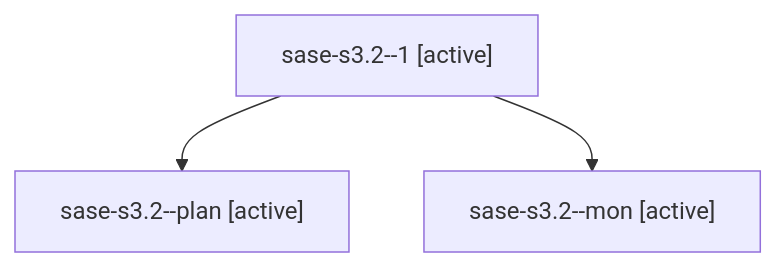
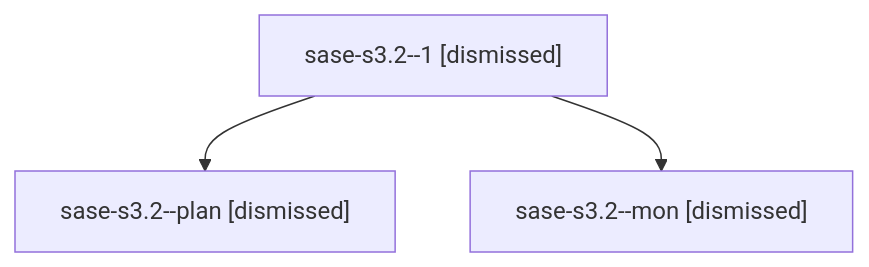
Before and after one commit to sase-org/sase--agents: the diagram in sessions/bbugyi200.athena.sase-s3.2.md, drawn with Mermaid. The commit also changed other lines of this file and 97 other files, not shown here.

````diff
--- a/sessions/bbugyi200.athena.sase-s3.2.md
+++ b/sessions/bbugyi200.athena.sase-s3.2.md
@@ -9,8 +9,8 @@
 ```mermaid
 flowchart TD
-  n0["sase-s3.2--1 [active]"]
-  n1["sase-s3.2--plan [active]"]
+  n0["sase-s3.2--1 [dismissed]"]
+  n1["sase-s3.2--plan [dismissed]"]
   n0 --> n1
-  n2["sase-s3.2--mon [active]"]
+  n2["sase-s3.2--mon [dismissed]"]
   n0 --> n2
 ```
````
